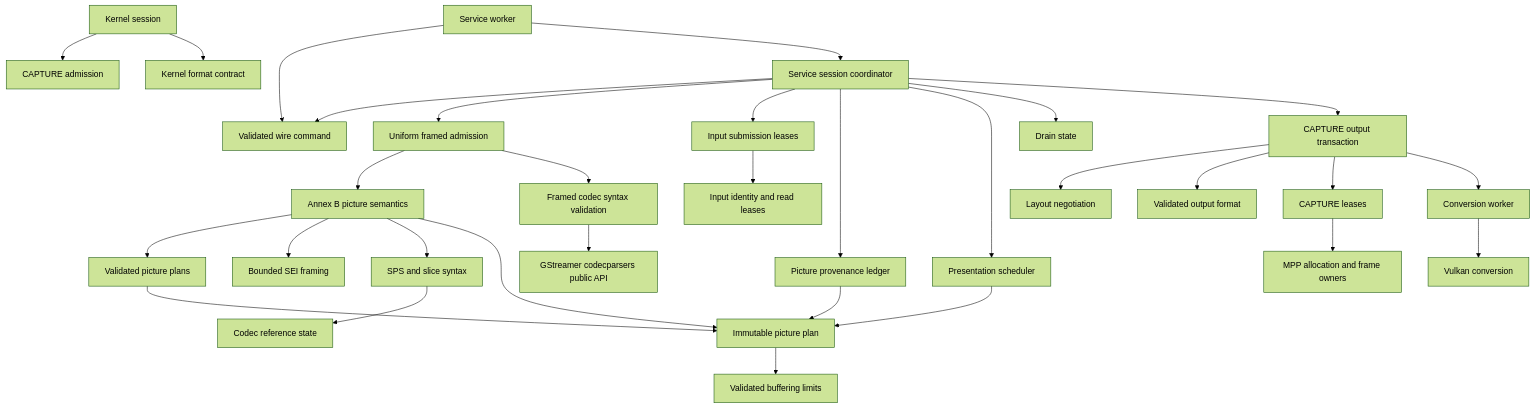
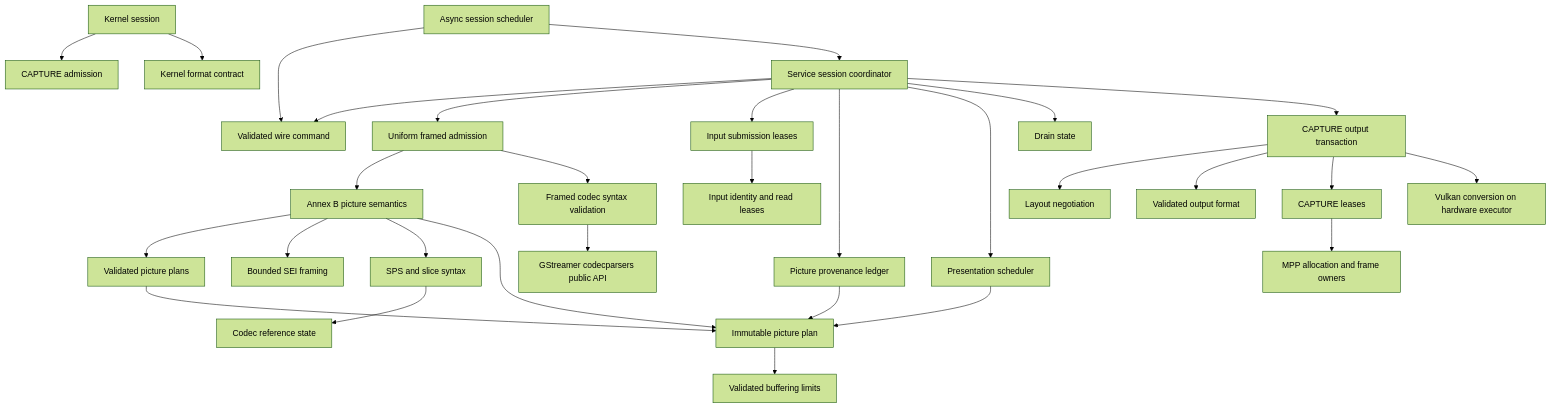
The diagram in tests/CONFORMANCE.md (abadcafe/v4l2-stateful-rkmpp), drawn with Mermaid (forest theme) before and after one commit. The commit also changed other lines of this file and 160 other files, not shown here.

````diff
--- a/tests/CONFORMANCE.md
+++ b/tests/CONFORMANCE.md
@@ -134,33 +141,32 @@
 ```mermaid
 flowchart TD
     Session[Kernel session] --> Admission[CAPTURE admission]
     Session --> Geometry[Kernel format contract]
-    Worker[Service worker] --> Command[Validated wire command]
+    Worker[Async session scheduler] --> Command[Validated wire command]
     Worker --> Backend[Service session coordinator]
     Backend --> Command
     Backend --> Frontend[Uniform framed admission]
     Frontend --> Parser[Annex B picture semantics]
     Parser --> Report[Validated picture plans]
     Report --> Plan[Immutable picture plan]
     Plan --> Limits[Validated buffering limits]
     Frontend --> Framed[Framed codec syntax validation]
     Framed --> CodecParsers[GStreamer codecparsers public API]
     Backend --> Input[Input submission leases]
     Input --> Ownership[Input identity and read leases]
     Parser --> SEI[Bounded SEI framing]
     Parser --> Syntax[SPS and slice syntax]
     Syntax --> References[Codec reference state]
     Parser --> Plan[Immutable picture plan]
     Backend --> Ledger[Picture provenance ledger]
     Ledger --> Plan
     Backend --> Presentation[Presentation scheduler]
     Presentation --> Plan
     Backend --> Flow[Drain state]
     Backend --> Output[CAPTURE output transaction]
     Output --> Negotiation[Layout negotiation]
     Output --> Format[Validated output format]
     Output --> Capture[CAPTURE leases]
-    Output --> Converter[Conversion worker]
-    Converter --> GPU[Vulkan conversion]
+    Output --> GPU[Vulkan conversion on hardware executor]
     Capture --> MPP[MPP allocation and frame owners]
 ```
````
